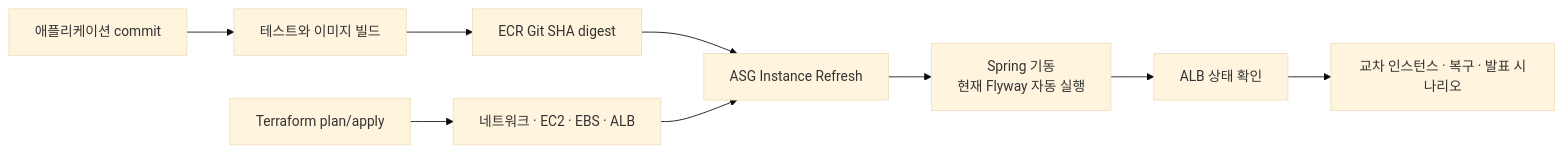
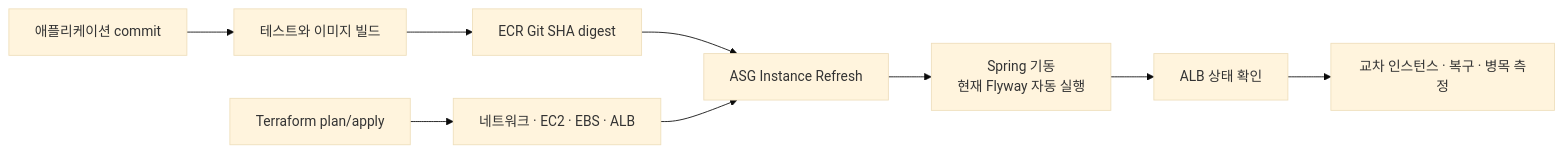
The second of 2 diagrams in docs/guides/AWS_MULTI_INSTANCE_INFRASTRUCTURE.md (bamsongi-club/albam-mate), drawn with Mermaid (base theme) before and after one commit. The commit also changed other lines of this file and 3 other files, not shown here.

````diff
--- a/docs/guides/AWS_MULTI_INSTANCE_INFRASTRUCTURE.md
+++ b/docs/guides/AWS_MULTI_INSTANCE_INFRASTRUCTURE.md
@@ -217,11 +218,11 @@
 ```mermaid
 flowchart LR
     CODE["애플리케이션 commit"] --> CI["테스트와 이미지 빌드"]
     CI --> ECR["ECR Git SHA digest"]
     TF["Terraform plan/apply"] --> INFRA["네트워크 · EC2 · EBS · ALB"]
     ECR --> REFRESH["ASG Instance Refresh"]
     INFRA --> REFRESH
     REFRESH --> BOOT["Spring 기동<br/>현재 Flyway 자동 실행"]
     BOOT --> HEALTH["ALB 상태 확인"]
-    HEALTH --> VERIFY["교차 인스턴스 · 복구 · 발표 시나리오"]
+    HEALTH --> VERIFY["교차 인스턴스 · 복구 · 병목 측정"]
 ```
````
